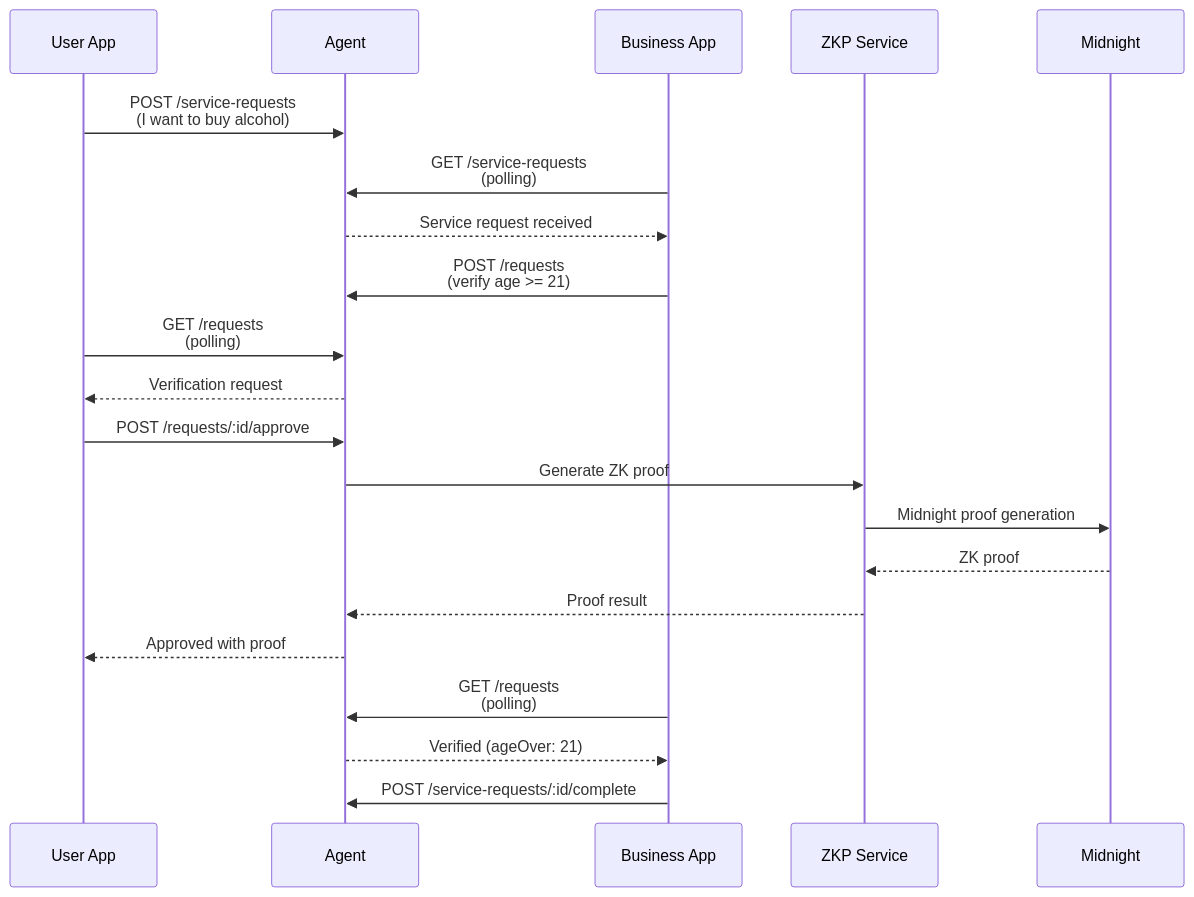
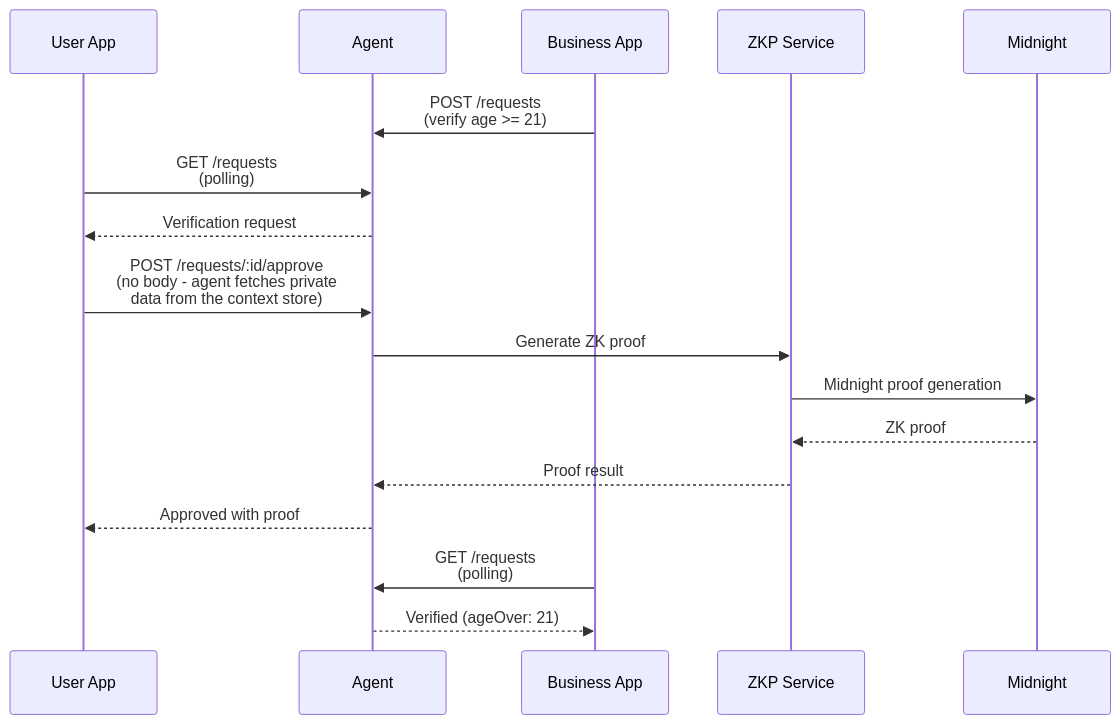
Before and after one commit to peteski22/pci-demo: the second of 2 diagrams in README.md, drawn with Mermaid. The commit also changed other lines of this file and 9 other files, not shown here.

````diff
--- a/README.md
+++ b/README.md
@@ -41,24 +41,20 @@
 ```mermaid
 sequenceDiagram
     participant U as User App
     participant A as Agent
     participant B as Business App
     participant Z as ZKP Service
     participant M as Midnight
 
-    U->>A: POST /service-requests<br/>(I want to buy alcohol)
-    B->>A: GET /service-requests<br/>(polling)
-    A-->>B: Service request received
     B->>A: POST /requests<br/>(verify age >= 21)
     U->>A: GET /requests<br/>(polling)
     A-->>U: Verification request
-    U->>A: POST /requests/:id/approve
+    U->>A: POST /requests/:id/approve<br/>(no body - agent fetches private<br/>data from the context store)
     A->>Z: Generate ZK proof
     Z->>M: Midnight proof generation
     M-->>Z: ZK proof
     Z-->>A: Proof result
     A-->>U: Approved with proof
     B->>A: GET /requests<br/>(polling)
     A-->>B: Verified (ageOver: 21)
-    B->>A: POST /service-requests/:id/complete
 ```
````
